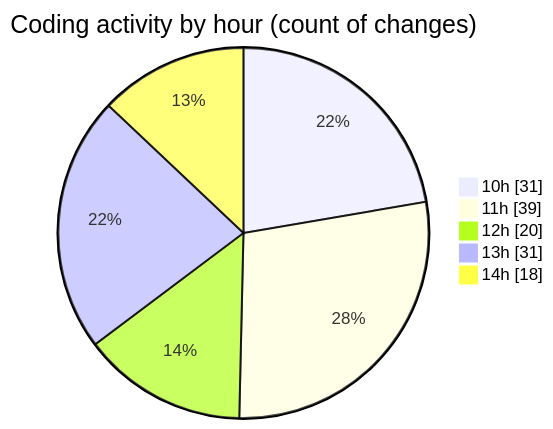
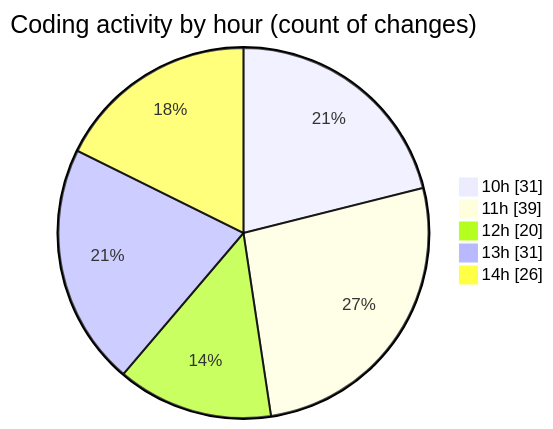
One commit to momahboobian/code-tracking changed the second of 2 diagrams in 2026-03-25/cda/README.md. Above: the diagram before and after it, drawn with Mermaid. The commit also changed other lines of this file and 1 other file, not shown here.

````diff
--- a/2026-03-25/cda/README.md
+++ b/2026-03-25/cda/README.md
@@ -34,9 +34,9 @@
 ```mermaid
 pie showData
 title Coding activity by hour (count of changes)
 "10h" : 31
 "11h" : 39
 "12h" : 20
 "13h" : 31
-"14h" : 18
+"14h" : 26
 ```
````
